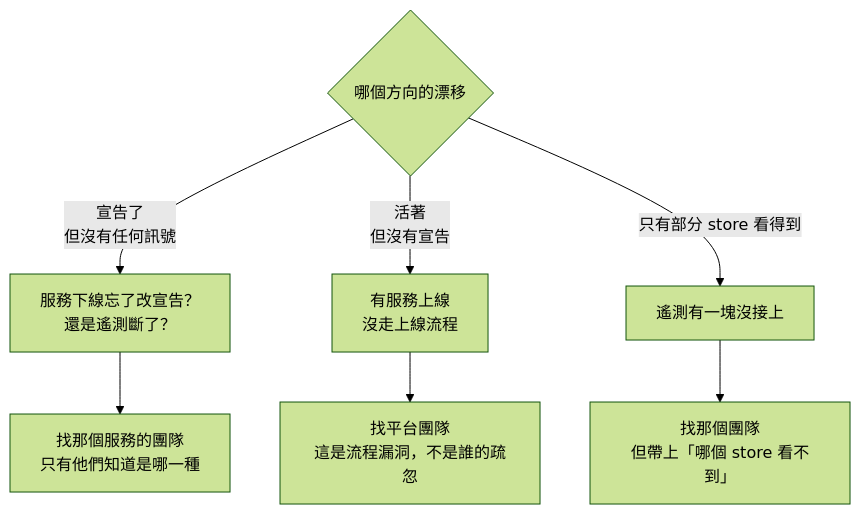
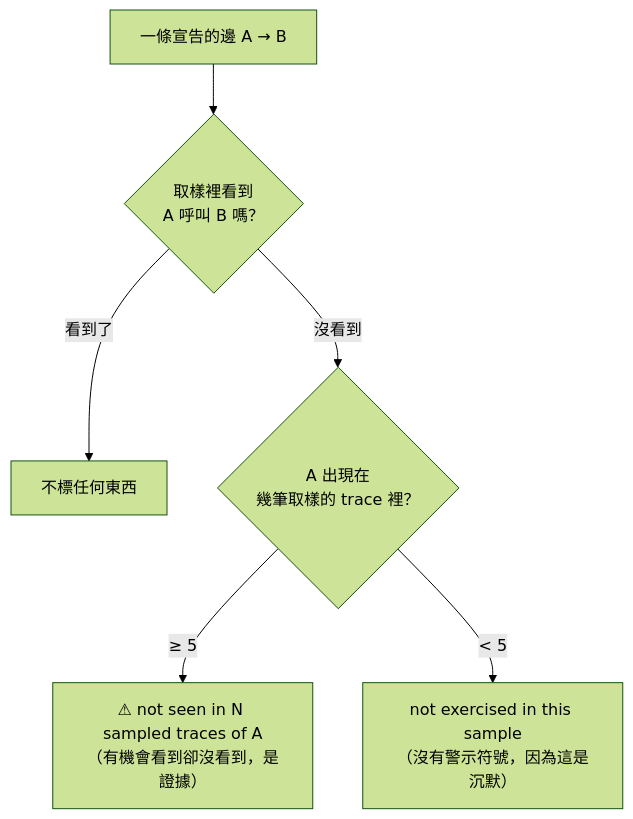
One commit to tedmax100/o11y-bench changed the second of 2 diagrams in weaver-demo/ironman-2026/day16.md. Above: the diagram before and after it, drawn with Mermaid (forest theme). The commit also changed other lines of this file and 29 other files, not shown here.

````diff
--- a/weaver-demo/ironman-2026/day16.md
+++ b/weaver-demo/ironman-2026/day16.md
@@ -150,8 +92,8 @@
 ```mermaid
 flowchart TB
-    D{"哪個方向的漂移"} -->|"宣告了<br/>但沒有任何訊號"| A["服務下線忘了改宣告？<br/>還是遙測斷了？"]
-    D -->|"活著<br/>但沒有宣告"| B["有服務上線<br/>沒走上線流程"]
-    A --> AO["找那個服務的團隊<br/>只有他們知道是哪一種"]
-    B --> BO["找平台團隊<br/>這是流程漏洞，不是誰的疏忽"]
-    D -->|"只有部分 store 看得到"| C["遙測有一塊沒接上"] --> CO["找那個團隊<br/>但帶上「哪個 store 看不到」"]
+    E["一條宣告的邊 A → B"] --> O{"取樣裡看到<br/>A 呼叫 B 嗎？"}
+    O -->|"看到了"| N["不標任何東西"]
+    O -->|"沒看到"| C{"A 出現在<br/>幾筆取樣的 trace 裡？"}
+    C -->|"≥ 5"| W["⚠ not seen in N sampled traces of A<br/>（有機會看到卻沒看到，是證據）"]
+    C -->|"< 5"| Q["not exercised in this sample<br/>（沒有警示符號，因為這是沉默）"]
 ```
````
